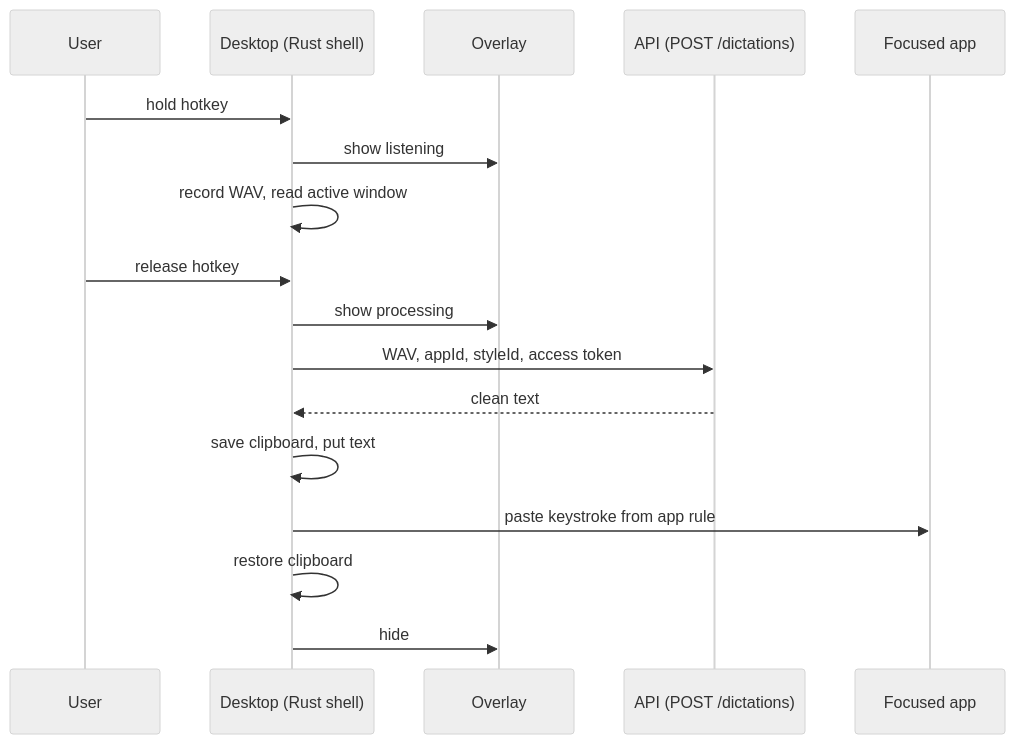
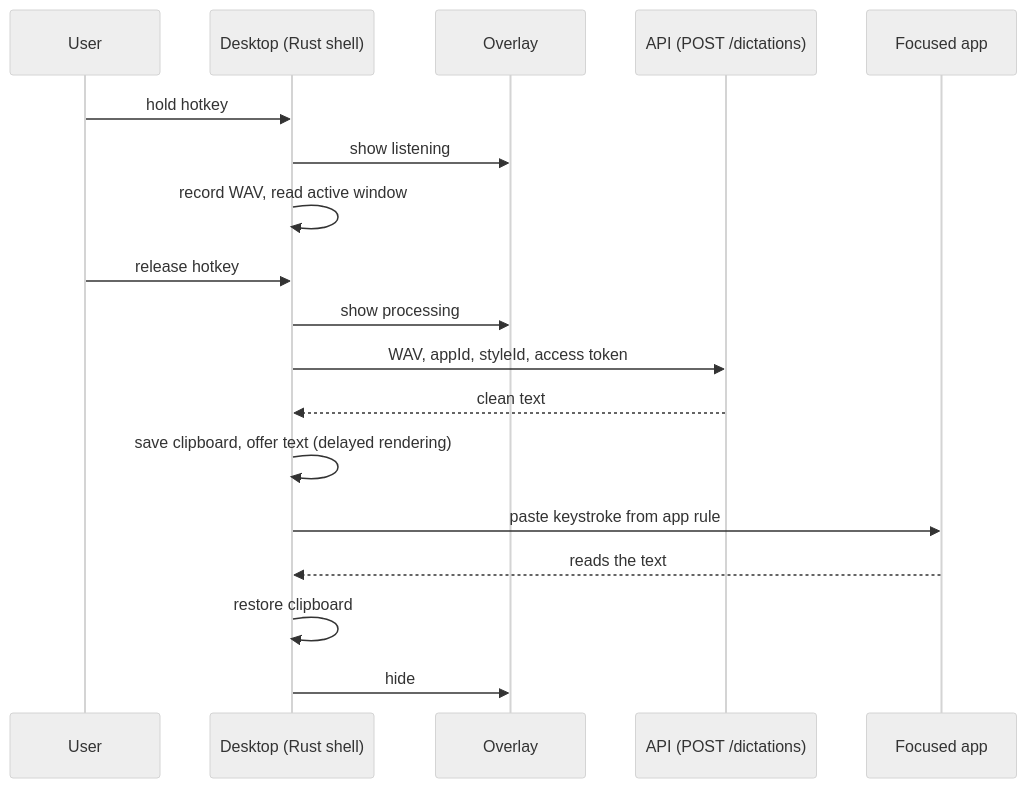
Before and after one commit to sebasfles/take-my-word: the second of 2 diagrams in docs/modules/desktop/flows.md, drawn with Mermaid (neutral theme). The commit also changed other lines of this file and 6 other files, not shown here.

````diff
--- a/docs/modules/desktop/flows.md
+++ b/docs/modules/desktop/flows.md
@@ -28,19 +28,20 @@
 ```mermaid
 sequenceDiagram
   participant U as User
   participant D as Desktop (Rust shell)
   participant O as Overlay
   participant A as API (POST /dictations)
   participant F as Focused app
   U->>D: hold hotkey
   D->>O: show listening
   D->>D: record WAV, read active window
   U->>D: release hotkey
   D->>O: show processing
   D->>A: WAV, appId, styleId, access token
   A-->>D: clean text
-  D->>D: save clipboard, put text
+  D->>D: save clipboard, offer text (delayed rendering)
   D->>F: paste keystroke from app rule
+  F-->>D: reads the text
   D->>D: restore clipboard
   D->>O: hide
 ```
````
